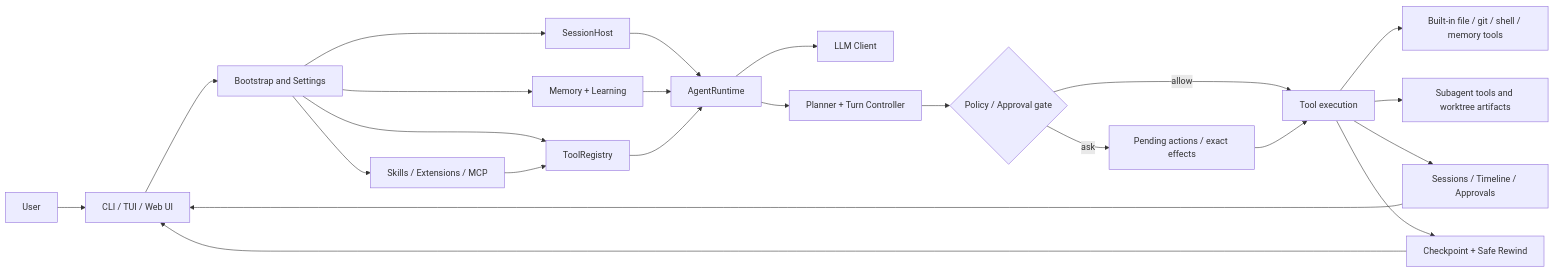
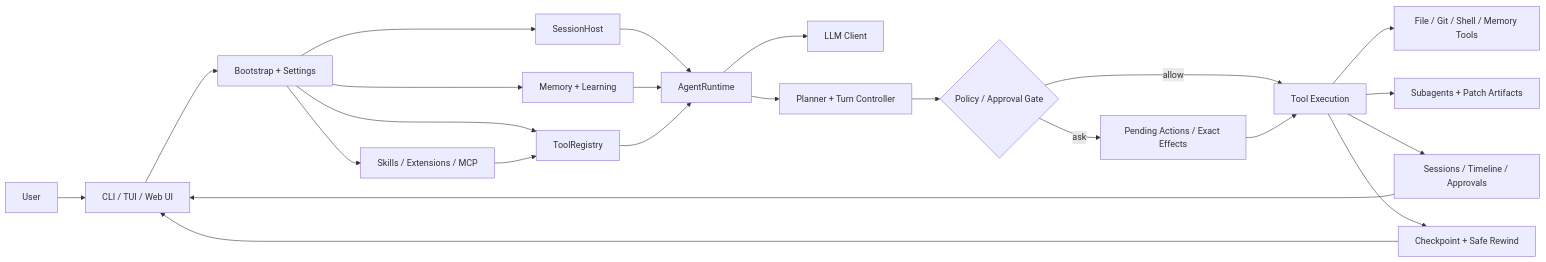
One commit to CHEN2003-CHIP/pp-Echo changed the diagram in README.md. Above: the diagram before and after it, drawn with Mermaid. The commit also changed other lines of this file and 1 other file, not shown here.

````diff
--- a/README.md
+++ b/README.md
@@ -64,29 +59,29 @@
 ```mermaid
 flowchart LR
-  U["User"] --> UI["CLI / TUI / Web UI"]
-  UI --> BOOT["Bootstrap and Settings"]
-  BOOT --> HOST["SessionHost"]
-  BOOT --> REG["ToolRegistry"]
-  BOOT --> CAPS["Skills / Extensions / MCP"]
-  BOOT --> MEM["Memory + Learning"]
+  U[User] --> UI[CLI / TUI / Web UI]
+  UI --> BOOT[Bootstrap + Settings]
+  BOOT --> HOST[SessionHost]
+  BOOT --> REG[ToolRegistry]
+  BOOT --> CAPS[Skills / Extensions / MCP]
+  BOOT --> MEM[Memory + Learning]
 
-  HOST --> RT["AgentRuntime"]
+  HOST --> RT[AgentRuntime]
   MEM --> RT
   CAPS --> REG
   REG --> RT
 
-  RT --> LLM["LLM Client"]
-  RT --> PLAN["Planner + Turn Controller"]
-  PLAN --> POLICY{"Policy / Approval gate"}
-  POLICY -->|allow| EXEC["Tool execution"]
-  POLICY -->|ask| PENDING["Pending actions / exact effects"]
+  RT --> LLM[LLM Client]
+  RT --> PLAN[Planner + Turn Controller]
+  PLAN --> POLICY{Policy / Approval Gate}
+  POLICY -->|allow| EXEC[Tool Execution]
+  POLICY -->|ask| PENDING[Pending Actions / Exact Effects]
   PENDING --> EXEC
 
-  EXEC --> BUILTIN["Built-in file / git / shell / memory tools"]
-  EXEC --> SUB["Subagent tools and worktree artifacts"]
-  EXEC --> STATE["Sessions / Timeline / Approvals"]
-  EXEC --> CKPT["Checkpoint + Safe Rewind"]
+  EXEC --> BUILTIN[File / Git / Shell / Memory Tools]
+  EXEC --> SUB[Subagents + Patch Artifacts]
+  EXEC --> STATE[Sessions / Timeline / Approvals]
+  EXEC --> CKPT[Checkpoint + Safe Rewind]
 
   STATE --> UI
   CKPT --> UI
 ```
````
